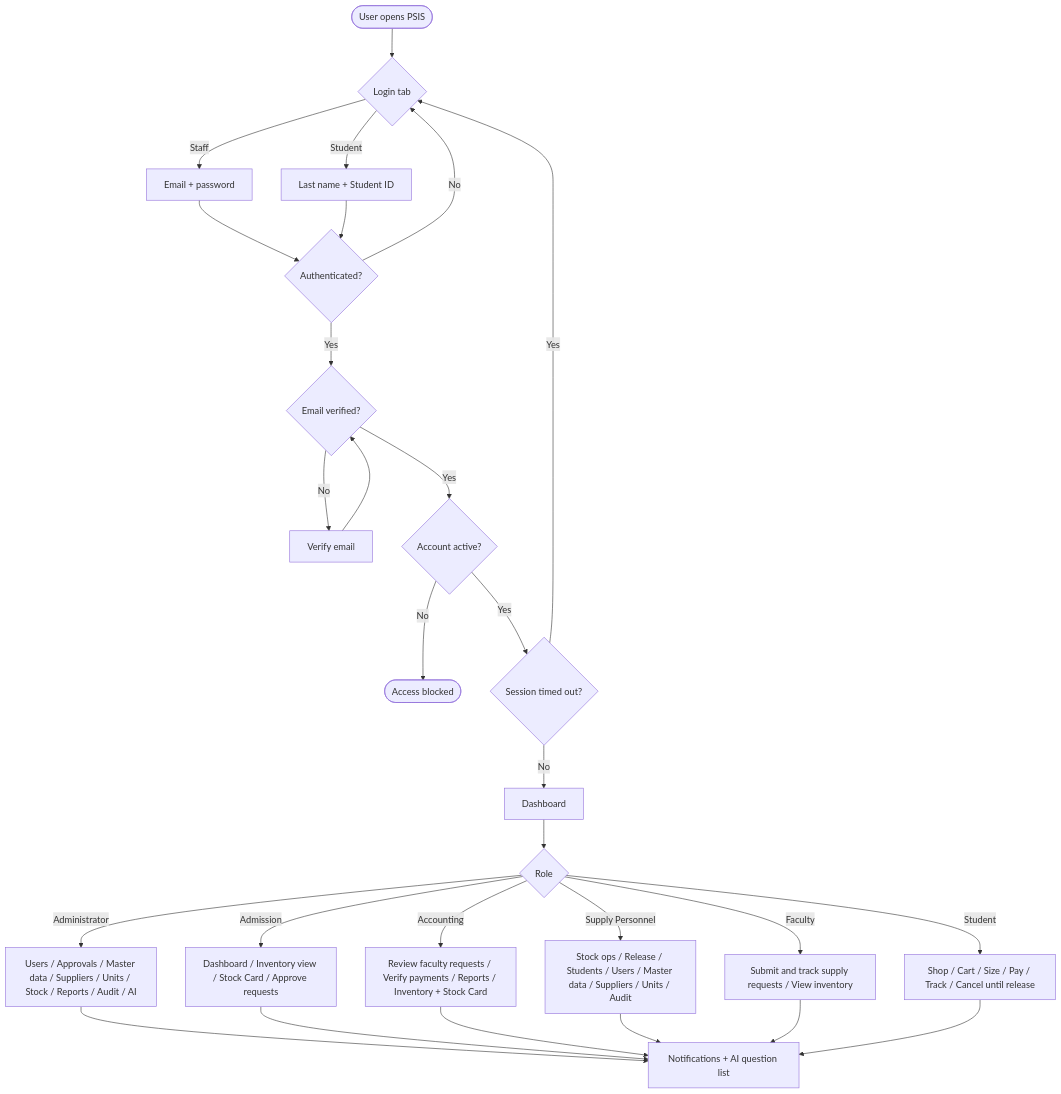
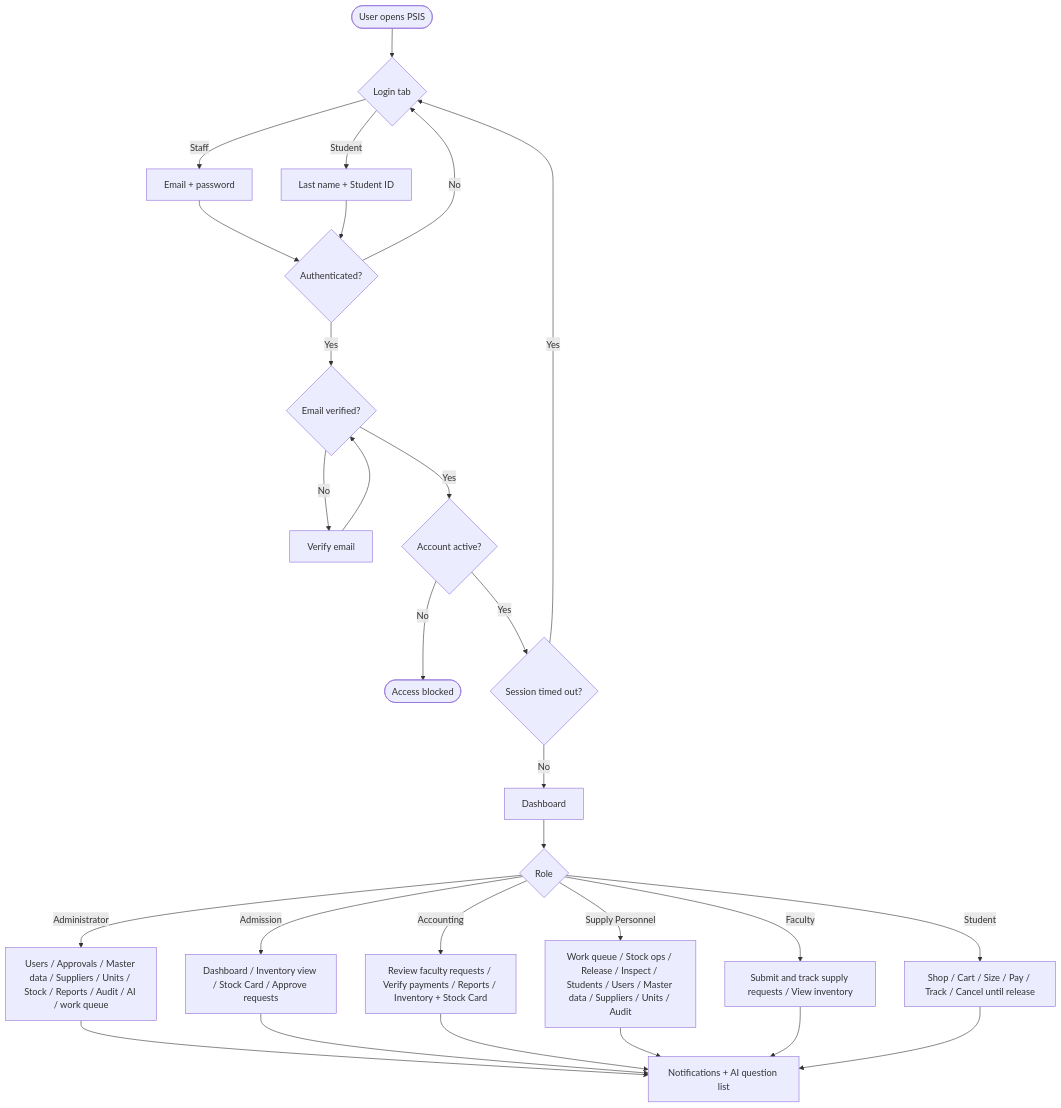
Before and after one commit to rhems95/PECIT-Smart-Inventory-System: the first of 10 diagrams in docs/FLOWCHART.md, drawn with Mermaid. The commit also changed other lines of this file and 44 other files, not shown here.

````diff
--- a/docs/FLOWCHART.md
+++ b/docs/FLOWCHART.md
@@ -16,32 +16,32 @@
 ```mermaid
 flowchart TD
     A([User opens PSIS]) --> B{Login tab}
     B -->|Staff| C[Email + password]
     B -->|Student| D[Last name + Student ID]
     C --> E{Authenticated?}
     D --> E
     E -->|No| B
     E -->|Yes| F{Email verified?}
     F -->|No| G[Verify email]
     G --> F
     F -->|Yes| H{Account active?}
     H -->|No| I([Access blocked])
     H -->|Yes| J{Session timed out?}
     J -->|Yes| B
     J -->|No| K[Dashboard]
 
     K --> L{Role}
-    L -->|Administrator| M[Users / Approvals / Master data / Suppliers / Units / Stock / Reports / Audit / AI]
+    L -->|Administrator| M[Users / Approvals / Master data / Suppliers / Units / Stock / Reports / Audit / AI / work queue]
     L -->|Admission| N[Dashboard / Inventory view / Stock Card / Approve requests]
     L -->|Accounting| O[Review faculty requests / Verify payments / Reports / Inventory + Stock Card]
-    L -->|Supply Personnel| P[Stock ops / Release / Students / Users / Master data / Suppliers / Units / Audit]
+    L -->|Supply Personnel| P[Work queue / Stock ops / Release / Inspect / Students / Users / Master data / Suppliers / Units / Audit]
     L -->|Faculty| Q[Submit and track supply requests / View inventory]
     L -->|Student| R[Shop / Cart / Size / Pay / Track / Cancel until release]
 
     M --> S[Notifications + AI question list]
     N --> S
     O --> S
     P --> S
     Q --> S
     R --> S
 ```
````
